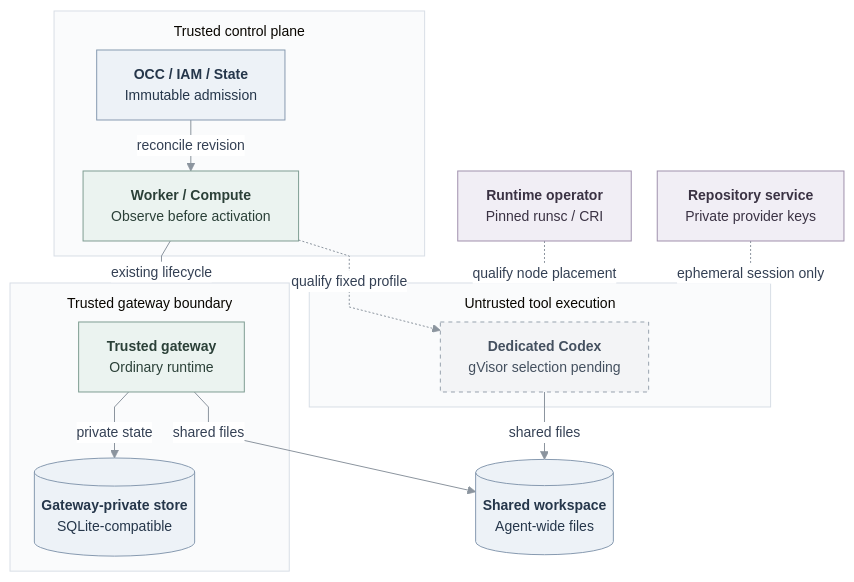
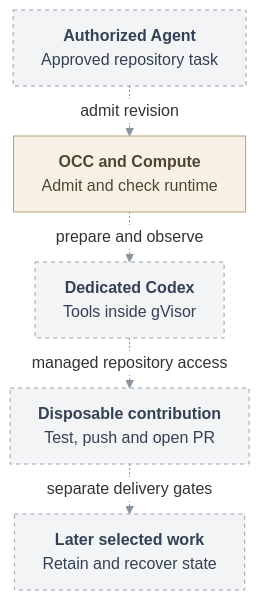
One commit to SebTardif/openclaw-enterprise changed the diagram in specs/31-gvisor-container-support.md. Above: the diagram before and after it, drawn with Mermaid. The commit also changed other lines of this file and 7 other files, not shown here.

````diff
--- a/specs/31-gvisor-container-support.md
+++ b/specs/31-gvisor-container-support.md
@@ -57,58 +25,31 @@
 ```mermaid
 ---
 config:
   theme: base
   htmlLabels: true
   themeVariables:
-    fontSize: 14px
-    primaryTextColor: "#344054"
+    fontSize: 16px
     lineColor: "#8B949E"
     edgeLabelBackground: "#FFFFFF"
-    clusterBkg: "#FAFBFC"
-    clusterBorder: "#D8DEE6"
   flowchart:
     curve: linear
-    nodeSpacing: 26
-    rankSpacing: 30
+    nodeSpacing: 28
+    rankSpacing: 26
     padding: 14
-    diagramPadding: 12
-    subGraphTitleMargin:
-      top: 10
-      bottom: 14
 ---
 flowchart TB
-  subgraph Control["Trusted control plane"]
-    Admission["<b>OCC / IAM / State</b><br/>Immutable admission"]
-    Compute["<b>Worker / Compute</b><br/>Observe before activation"]
-    Admission -->|reconcile revision| Compute
-  end
-  subgraph GatewayBoundary["Trusted gateway boundary"]
-    Gateway["<b>Trusted gateway</b><br/>Ordinary runtime"]
-    Private[("<b>Gateway-private store</b><br/>SQLite-compatible")]
-    Gateway -->|private state| Private
-  end
-  subgraph Tools["Untrusted tool execution"]
-    Codex["<b>Dedicated Codex</b><br/>gVisor selection pending"]
-  end
-  Workspace[("<b>Shared workspace</b><br/>Agent-wide files")]
-  Gateway -->|shared files| Workspace
-  Codex -->|shared files| Workspace
-  Runtime["<b>Runtime operator</b><br/>Pinned runsc / CRI"]
-  Repository["<b>Repository service</b><br/>Private provider keys"]
-  Compute -->|existing lifecycle| GatewayBoundary
-  Compute -.->|qualify fixed profile| Codex
-  Runtime -.->|qualify node placement| Tools
-  Repository -.->|ephemeral session only| Tools
-  classDef state fill:#EDF2F7,stroke:#879AB0,color:#25364A,stroke-width:1px
-  classDef external fill:#F1EEF5,stroke:#A091AD,color:#3A3243,stroke-width:1px
-  classDef operation fill:#EBF3F0,stroke:#7F9D93,color:#2B4038,stroke-width:1px
-  classDef pending fill:#F3F4F6,stroke:#98A2AE,color:#44505F,stroke-width:1px,stroke-dasharray:4 4
-  class Admission,Private,Workspace state
-  class Compute,Gateway operation
-  class Runtime,Repository external
-  class Codex pending
-  style Control fill:#FAFBFC,stroke:#D8DEE6,stroke-width:1px
-  style GatewayBoundary fill:#FAFBFC,stroke:#D8DEE6,stroke-width:1px
-  style Tools fill:#FAFBFC,stroke:#D8DEE6,stroke-width:1px
+  Request["<b>Authorized Agent</b><br/>Approved repository task"]
+  Compute["<b>OCC and Compute</b><br/>Admit and check runtime"]
+  Codex["<b>Dedicated Codex</b><br/>Tools inside gVisor"]
+  Contribution["<b>Disposable contribution</b><br/>Test, push and open PR"]
+  Recovery["<b>Later selected work</b><br/>Retain and recover state"]
+  Request -.->|admit revision| Compute
+  Compute -.->|prepare and observe| Codex
+  Codex -.->|managed repository access| Contribution
+  Contribution -.->|separate delivery gates| Recovery
+  classDef pending fill:#F3F4F6,stroke:#98A2AE,color:#344054,stroke-width:1px,stroke-dasharray:4 4
+  classDef gate fill:#F7F1E5,stroke:#B3A078,color:#514532,stroke-width:1px
+  class Request,Codex,Contribution,Recovery pending
+  class Compute gate
   linkStyle default stroke:#8B949E,stroke-width:1px
 ```
````
